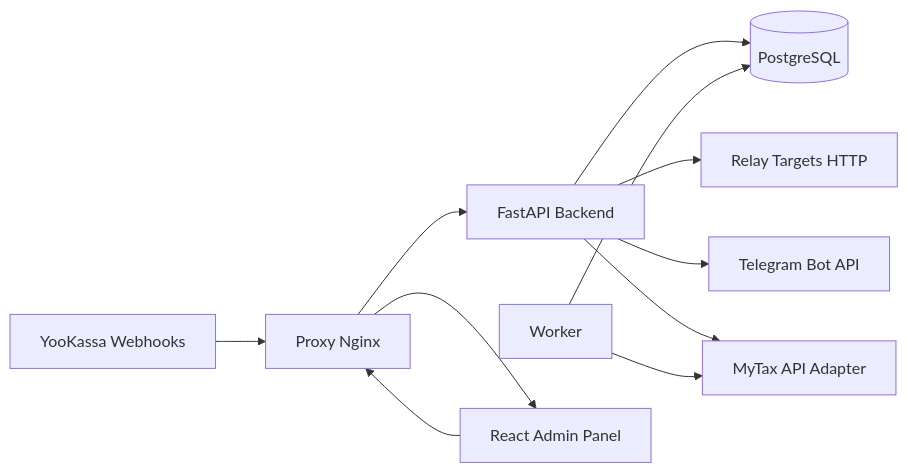
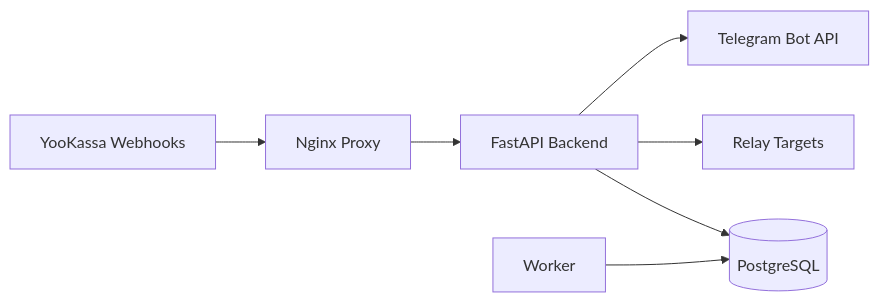
One commit to KOSFin/Yookassa-auto-sending-payment-receipts changed the diagram in README.md. Above: the diagram before and after it, drawn with Mermaid. The commit also changed other lines of this file and 17 other files, not shown here.

````diff
--- a/README.md
+++ b/README.md
@@ -60,13 +48,9 @@
 ```mermaid
 flowchart LR
-	A[YooKassa Webhooks] --> B[Proxy Nginx]
-	B --> C[FastAPI Backend]
-	C --> D[(PostgreSQL)]
-	C --> E[Relay Targets HTTP]
-	C --> F[Telegram Bot API]
-	C --> G[MyTax API Adapter]
-	H[Worker] --> D
-	H --> G
-	I[React Admin Panel] --> B
-	B --> I
+    A[YooKassa Webhooks] --> B[Nginx Proxy]
+    B --> C[FastAPI Backend]
+    C --> D[(PostgreSQL)]
+    C --> E[Relay Targets]
+    C --> F[Telegram Bot API]
+    H[Worker] --> D
 ```
````
